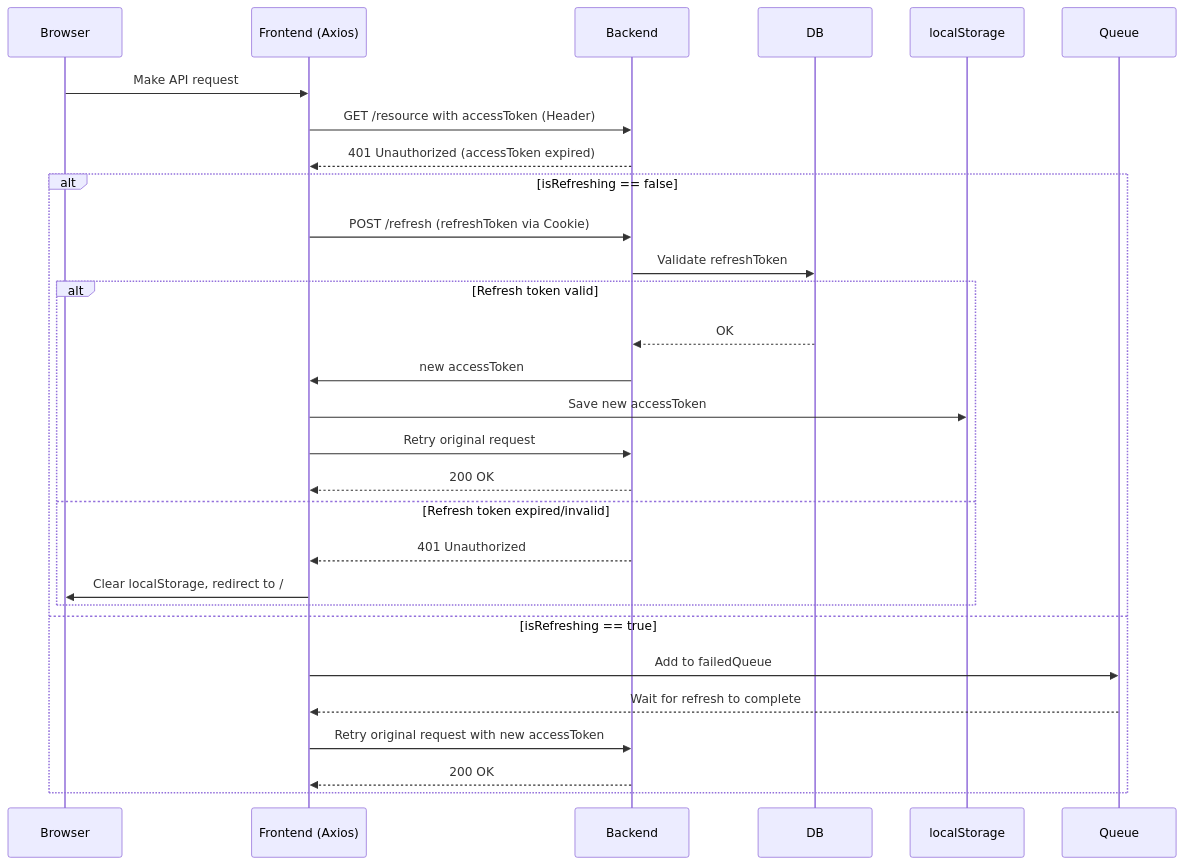
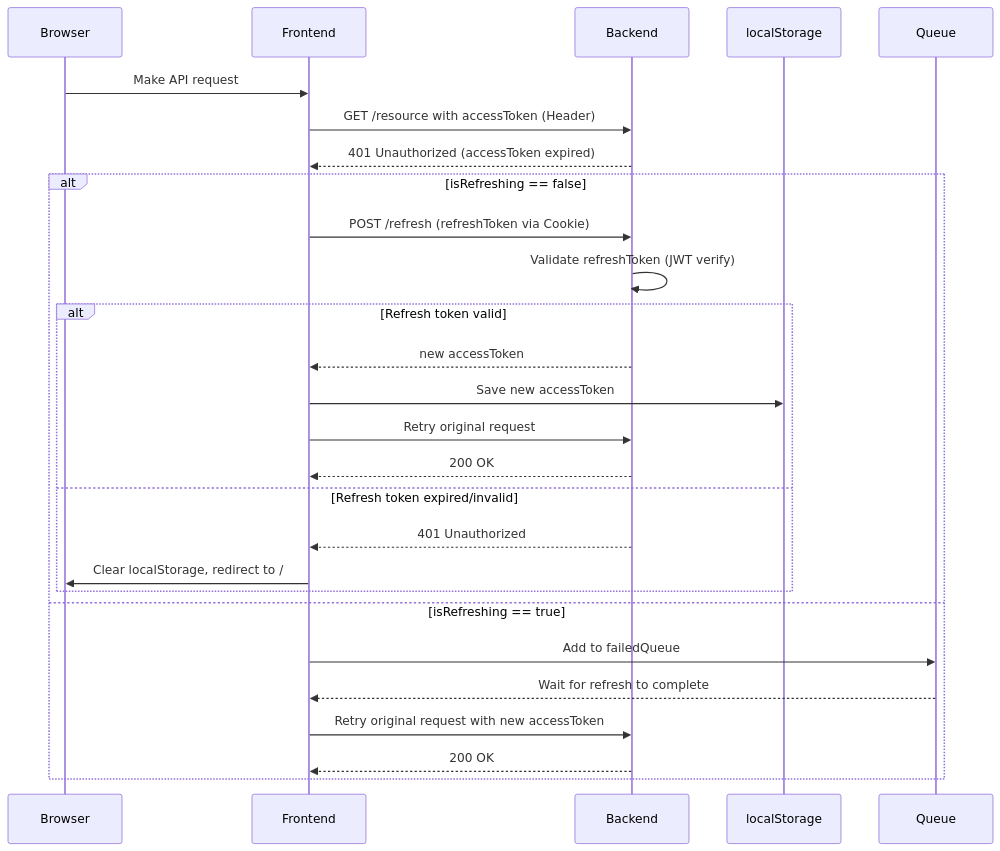
The diagram in Documentation/codeoverview.md (phuvio/Material-bank), drawn with Mermaid before and after one commit.

Commit message:
update documentation
Correct refresh flow in codeoverview.md.

````diff
--- a/Documentation/codeoverview.md
+++ b/Documentation/codeoverview.md
@@ -17,31 +17,29 @@
 ```mermaid
 sequenceDiagram
     participant Browser
-    participant Frontend (Axios)
+    participant Frontend
     participant Backend
-    participant DB
 
-    Browser->>Frontend (Axios): Make API request
-    Frontend (Axios)->>Backend: GET /resource with accessToken (Header)
-    Backend-->>Frontend (Axios): 401 Unauthorized (accessToken expired)
+    Browser->>Frontend: Make API request
+    Frontend->>Backend: GET /resource with accessToken (Header)
+    Backend-->>Frontend: 401 Unauthorized (accessToken expired)
 
     alt isRefreshing == false
-        Frontend (Axios)->>Backend: POST /refresh (refreshToken via Cookie)
-        Backend->>DB: Validate refreshToken
+        Frontend->>Backend: POST /refresh (refreshToken via Cookie)
+        Backend->>Backend: Validate refreshToken (JWT verify)
         alt Refresh token valid
-            DB-->>Backend: OK
-            Backend->>Frontend (Axios): new accessToken
-            Frontend (Axios)->>localStorage: Save new accessToken
-            Frontend (Axios)->>Backend: Retry original request
-            Backend-->>Frontend (Axios): 200 OK
+            Backend-->>Frontend: new accessToken
+            Frontend->>localStorage: Save new accessToken
+            Frontend->>Backend: Retry original request
+            Backend-->>Frontend: 200 OK
         else Refresh token expired/invalid
-            Backend-->>Frontend (Axios): 401 Unauthorized
-            Frontend (Axios)->>Browser: Clear localStorage, redirect to /
+            Backend-->>Frontend: 401 Unauthorized
+            Frontend->>Browser: Clear localStorage, redirect to /
         end
     else isRefreshing == true
-        Frontend (Axios)->>Queue: Add to failedQueue
-        Queue-->>Frontend (Axios): Wait for refresh to complete
-        Frontend (Axios)->>Backend: Retry original request with new accessToken
-        Backend-->>Frontend (Axios): 200 OK
+        Frontend->>Queue: Add to failedQueue
+        Queue-->>Frontend: Wait for refresh to complete
+        Frontend->>Backend: Retry original request with new accessToken
+        Backend-->>Frontend: 200 OK
     end
 ```
````
